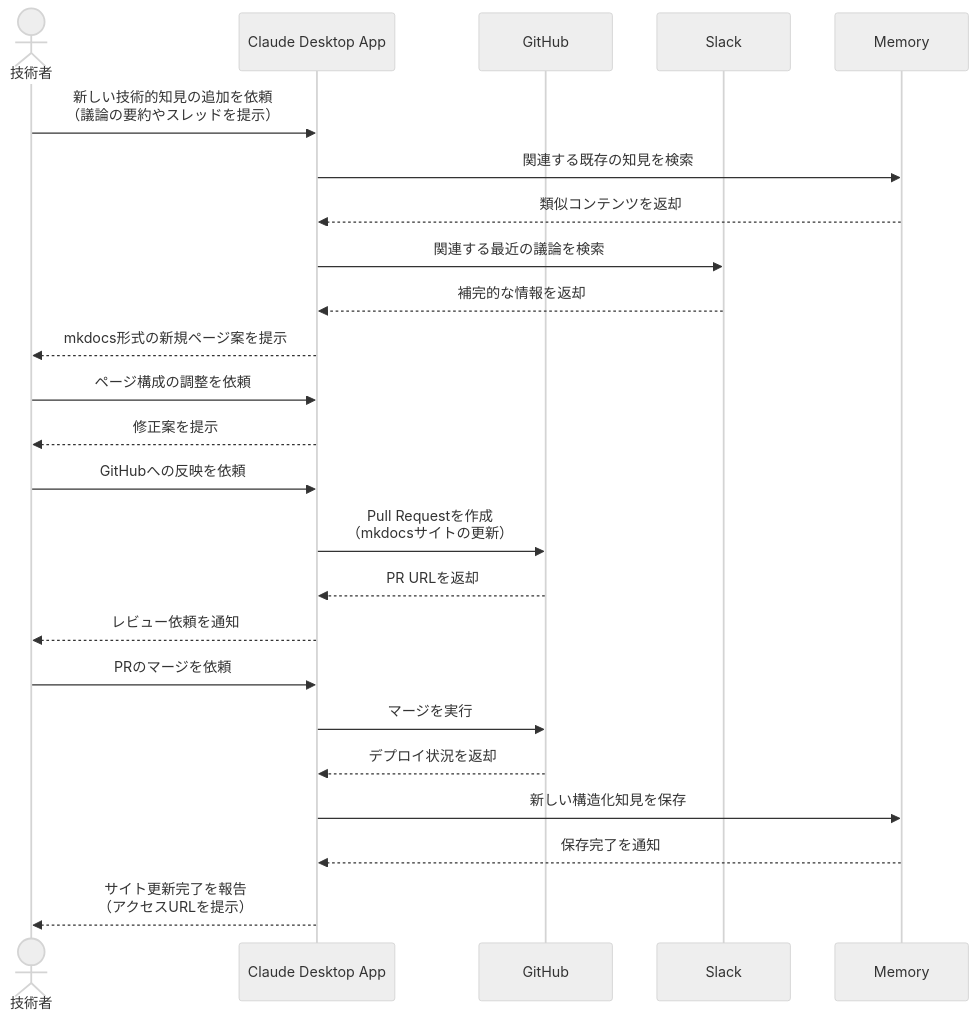
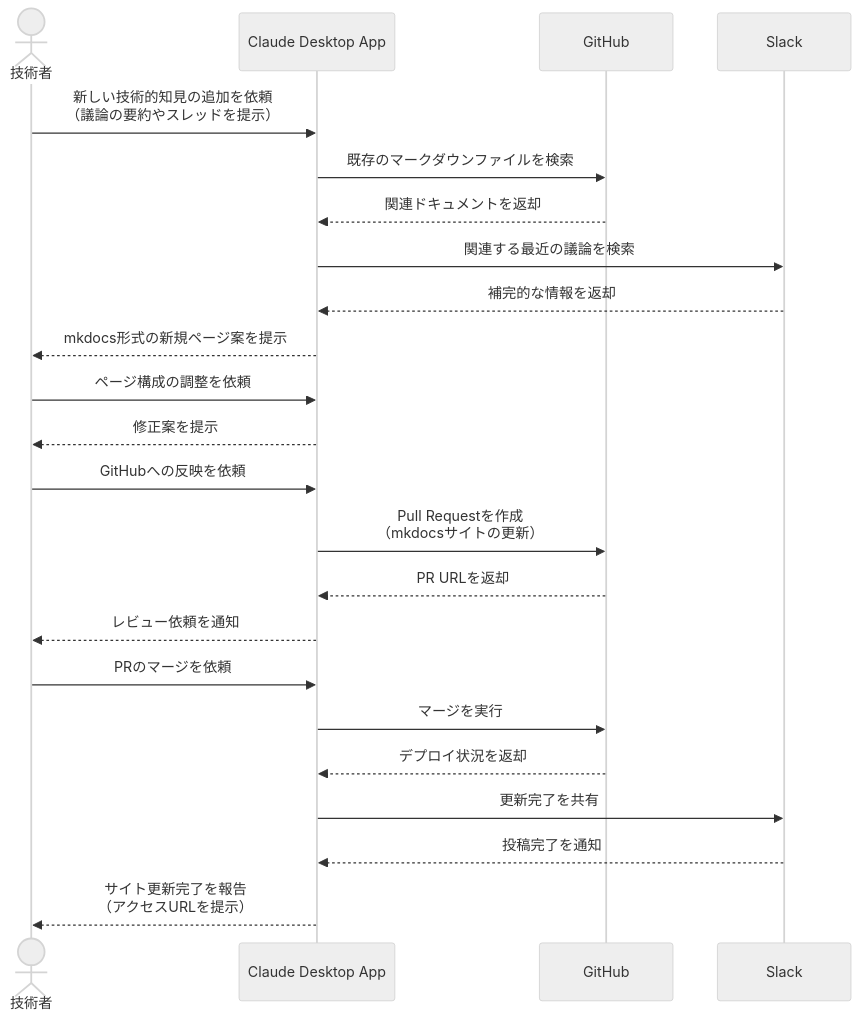
The diagram in docs/02_エンジニア/ナレッジベースを継続的に進化させる.md (po-shu/mcp-100-ideas), drawn with Mermaid (neutral theme) before and after one commit. The commit also changed other lines of this file and 4 other files, not shown here.

````diff
--- a/docs/02_エンジニア/ナレッジベースを継続的に進化させる.md
+++ b/docs/02_エンジニア/ナレッジベースを継続的に進化させる.md
@@ -17,27 +16,26 @@
 ```mermaid
 sequenceDiagram
     actor User as 技術者
     participant CAP as Claude Desktop App
     participant GitHub as GitHub
     participant Slack as Slack
-    participant Memory as Memory
 
     User->>CAP: 新しい技術的知見の追加を依頼<br>（議論の要約やスレッドを提示）
-    CAP->>Memory: 関連する既存の知見を検索
-    Memory-->>CAP: 類似コンテンツを返却
+    CAP->>GitHub: 既存のマークダウンファイルを検索
+    GitHub-->>CAP: 関連ドキュメントを返却
     CAP->>Slack: 関連する最近の議論を検索
     Slack-->>CAP: 補完的な情報を返却
     CAP-->>User: mkdocs形式の新規ページ案を提示
     User->>CAP: ページ構成の調整を依頼
     CAP-->>User: 修正案を提示
     User->>CAP: GitHubへの反映を依頼
     CAP->>GitHub: Pull Requestを作成<br>（mkdocsサイトの更新）
     GitHub-->>CAP: PR URLを返却
     CAP-->>User: レビュー依頼を通知
     User->>CAP: PRのマージを依頼
     CAP->>GitHub: マージを実行
     GitHub-->>CAP: デプロイ状況を返却
-    CAP->>Memory: 新しい構造化知見を保存
-    Memory-->>CAP: 保存完了を通知
+    CAP->>Slack: 更新完了を共有
+    Slack-->>CAP: 投稿完了を通知
     CAP-->>User: サイト更新完了を報告<br>（アクセスURLを提示）
 ```
````
